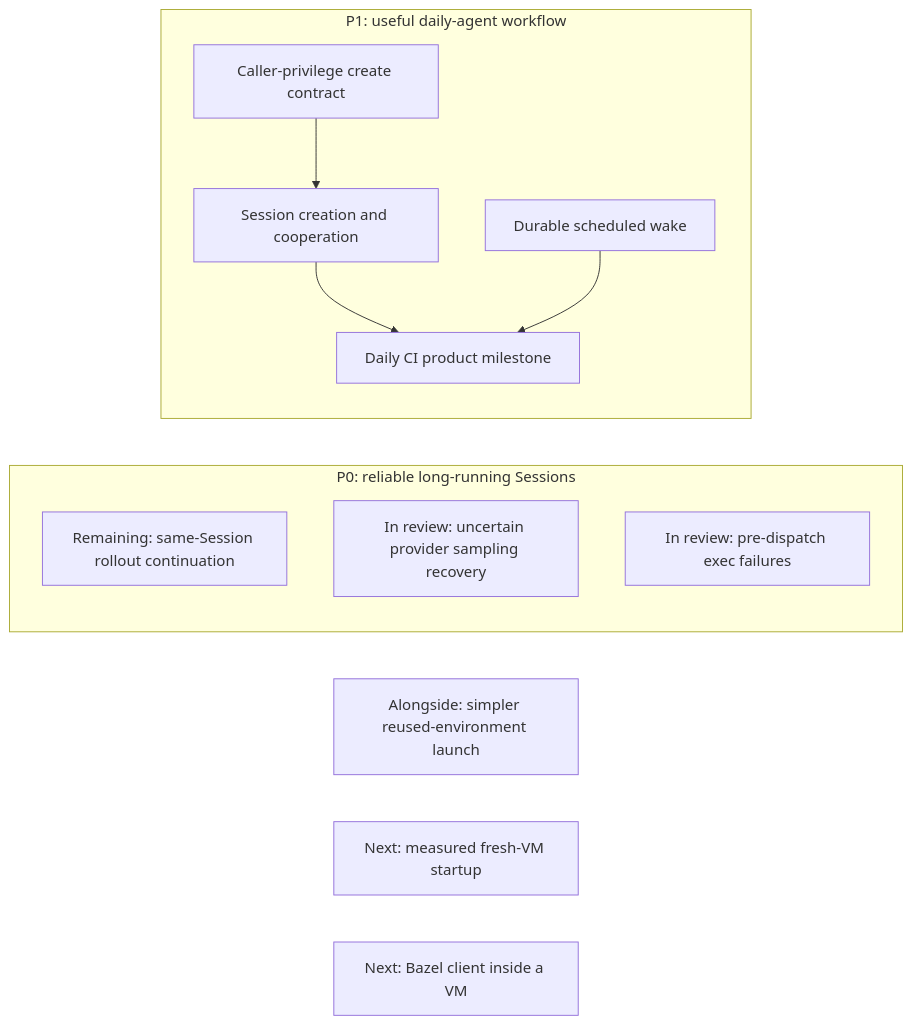
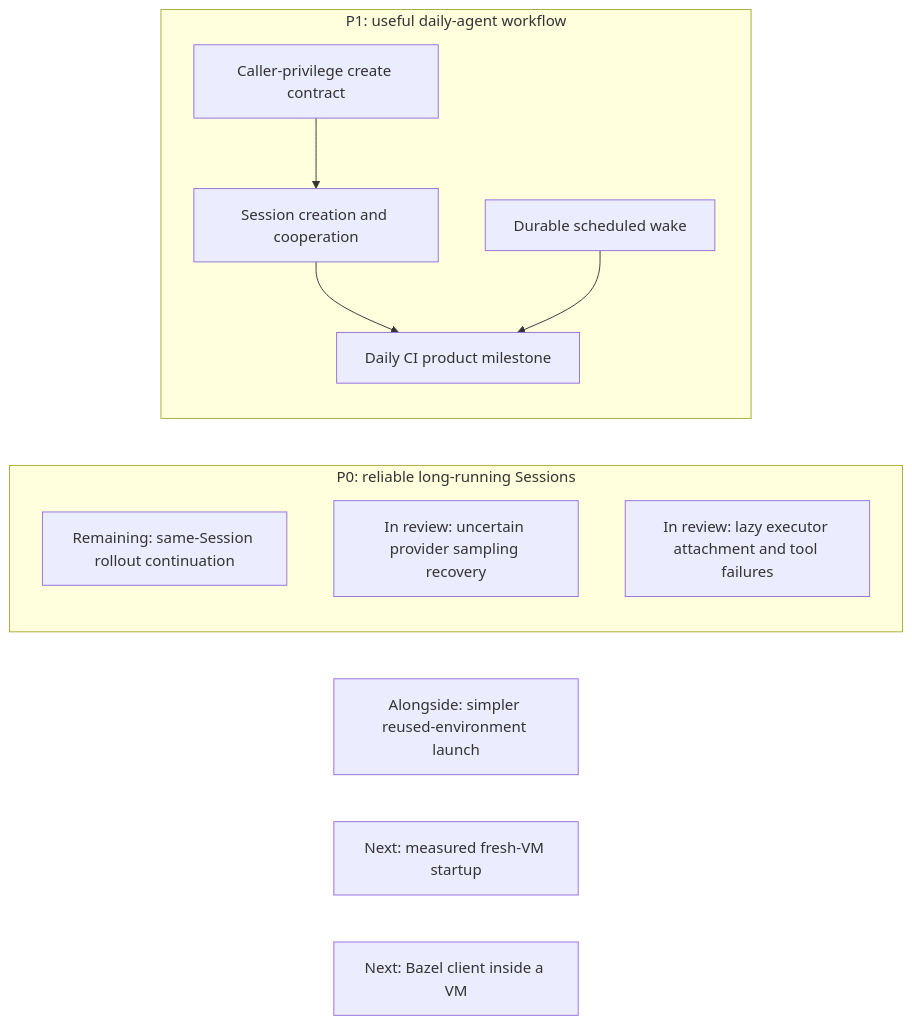
Before and after one commit to agentydragon/ducktape: the first of 18 diagrams in agentplane/plans/task_dag.md, drawn with Mermaid. The commit also changed other lines of this file and 9 other files, not shown here.

First line of the commit message:
Keep sampler Sessions usable when executor connections fail (#13182)

````diff
--- a/agentplane/plans/task_dag.md
+++ b/agentplane/plans/task_dag.md
@@ -152,16 +152,16 @@
 ```mermaid
 flowchart LR
     subgraph PRIORITY_ZERO[P0: reliable long-running Sessions]
         CENTRAL_SAMPLER_REPLICA_ROLLOUT[Remaining: same-Session rollout continuation]
         CENTRAL_SAMPLER_SAMPLING_RECOVERY[In review: uncertain provider sampling recovery]
-        CENTRAL_SAMPLER_TOOL_RECOVERY[In review: pre-dispatch exec failures]
+        CENTRAL_SAMPLER_TOOL_RECOVERY[In review: lazy executor attachment and tool failures]
     end
     subgraph PRIORITY_ONE[P1: useful daily-agent workflow]
         THREAD_CREATE_POLICY[Caller-privilege create contract] --> THREAD_CREATE_AUTHORIZATION[Session creation and cooperation]
         THREAD_CREATE_AUTHORIZATION --> DAILY_CI_AGENT[Daily CI product milestone]
         SCHEDULED_AGENT_WAKE[Durable scheduled wake] --> DAILY_CI_AGENT
     end
     SESSION_LAUNCH_FRICTION[Alongside: simpler reused-environment launch]
     VM_STARTUP_LATENCY[Next: measured fresh-VM startup]
     LOCAL_BAZEL[Next: Bazel client inside a VM]
 ```
````
